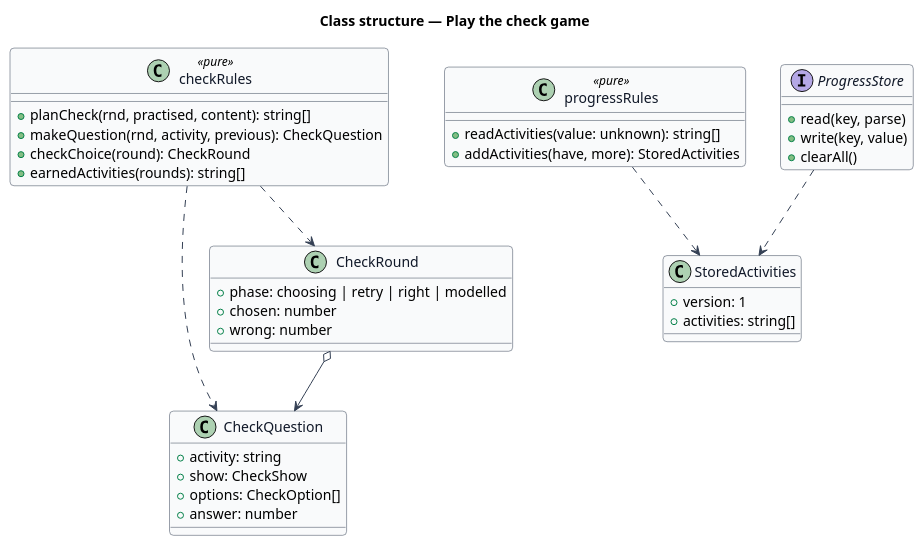
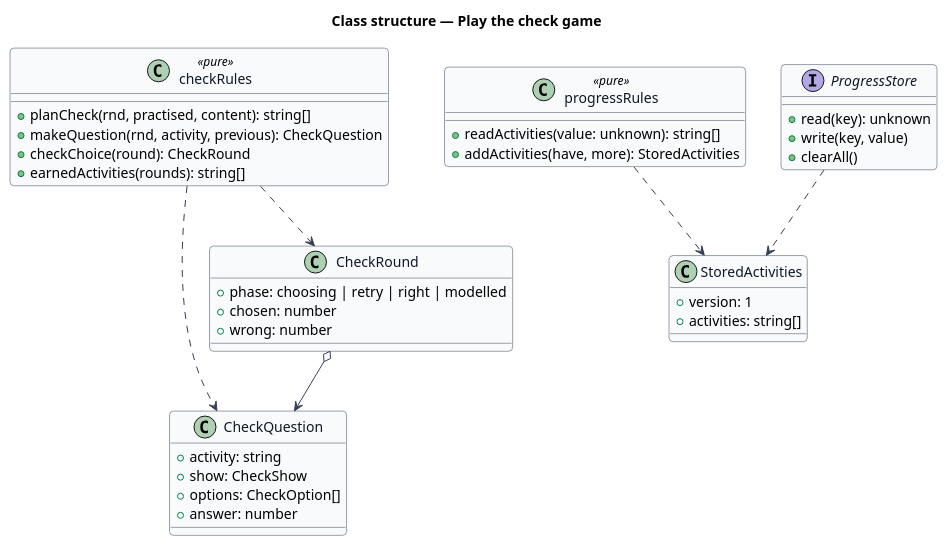
Before and after one commit to QuinntyneBrown/pibbo: the diagram in docs/detailed-designs/lessons/check-game/diagrams/class.puml, drawn with PlantUML. The commit also changed 35 other files, not shown here.

```diff
--- a/docs/detailed-designs/lessons/check-game/diagrams/class.puml
+++ b/docs/detailed-designs/lessons/check-game/diagrams/class.puml
@@ -1,49 +1,49 @@
 @startuml
 skinparam backgroundColor #FFFFFF
 skinparam shadowing false
 skinparam roundcorner 8
 skinparam defaultFontName Arial
 skinparam ArrowColor #344054
 skinparam class {
   BorderColor #344054
   FontColor #101828
   BackgroundColor #F9FAFB
 }
 title Class structure — Play the check game
 
 class CheckQuestion {
   +activity: string
   +show: CheckShow
   +options: CheckOption[]
   +answer: number
 }
 class CheckRound {
   +phase: choosing | retry | right | modelled
   +chosen: number
   +wrong: number
 }
 class StoredActivities {
   +version: 1
   +activities: string[]
 }
 class checkRules <<pure>> {
   +planCheck(rnd, practised, content): string[]
   +makeQuestion(rnd, activity, previous): CheckQuestion
   +checkChoice(round): CheckRound
   +earnedActivities(rounds): string[]
 }
 class progressRules <<pure>> {
   +readActivities(value: unknown): string[]
   +addActivities(have, more): StoredActivities
 }
 interface ProgressStore {
-  +read(key, parse)
+  +read(key): unknown
   +write(key, value)
   +clearAll()
 }
 checkRules ..> CheckQuestion
 checkRules ..> CheckRound
 CheckRound o--> CheckQuestion
 progressRules ..> StoredActivities
 ProgressStore ..> StoredActivities
 @enduml
```
